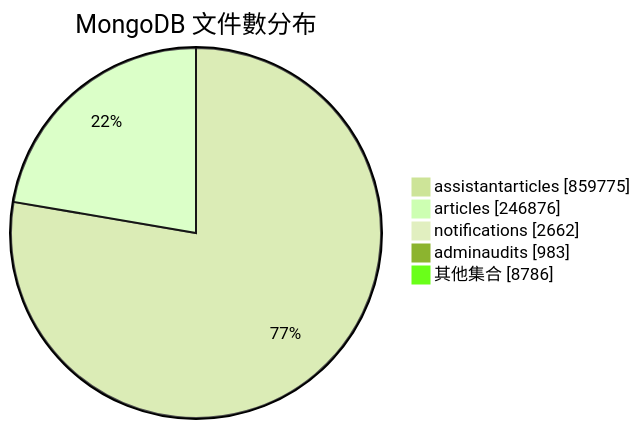
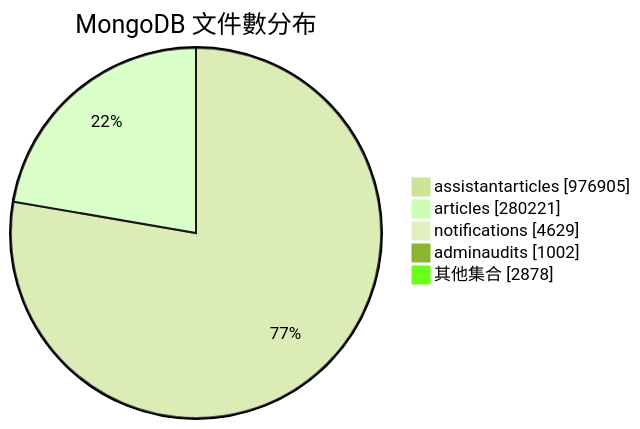
One commit to chunkai1312/temp changed the third of 14 diagrams in production-resource-architecture-proposal.md. Above: the diagram before and after it, drawn with Mermaid (forest theme). The commit also changed other lines of this file, not shown here.

````diff
--- a/production-resource-architecture-proposal.md
+++ b/production-resource-architecture-proposal.md
@@ -154,9 +154,9 @@
 ```mermaid
 pie showData
   title MongoDB 文件數分布
-  "assistantarticles" : 859775
-  "articles" : 246876
-  "notifications" : 2662
-  "adminaudits" : 983
-  "其他集合" : 8786
+  "assistantarticles" : 976905
+  "articles" : 280221
+  "notifications" : 4629
+  "adminaudits" : 1002
+  "其他集合" : 2878
 ```
````
